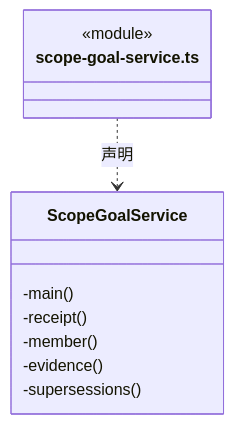
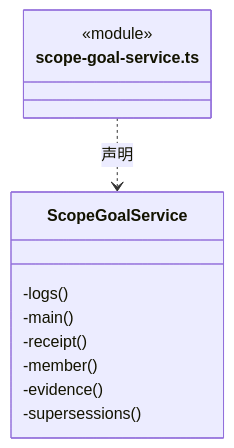
Diagram 26 of 38 in src/backend/scheduler-engine/execution/ARCHITECTURE.md (nan023062/cbim), drawn with Mermaid before and after one commit. The commit also changed other lines of this file and 53 other files, not shown here.

````diff
--- a/src/backend/scheduler-engine/execution/ARCHITECTURE.md
+++ b/src/backend/scheduler-engine/execution/ARCHITECTURE.md
@@ -699,14 +711,15 @@
 ```mermaid
 classDiagram
 class N_src_backend_scheduler_engine_execution_scope_goal_service_ts["scope-goal-service.ts"] {
   <<module>>
 }
 class N_src_backend_scheduler_engine_execution_scope_goal_service_ts_ScopeGoalService["ScopeGoalService"] {
+  -logs()
   -main()
   -receipt()
   -member()
   -evidence()
   -supersessions()
 }
 N_src_backend_scheduler_engine_execution_scope_goal_service_ts ..> N_src_backend_scheduler_engine_execution_scope_goal_service_ts_ScopeGoalService : 声明
 ```
````
